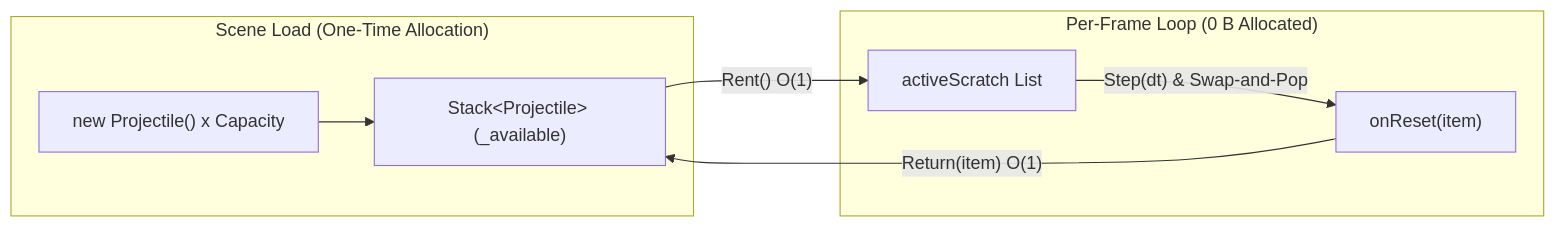
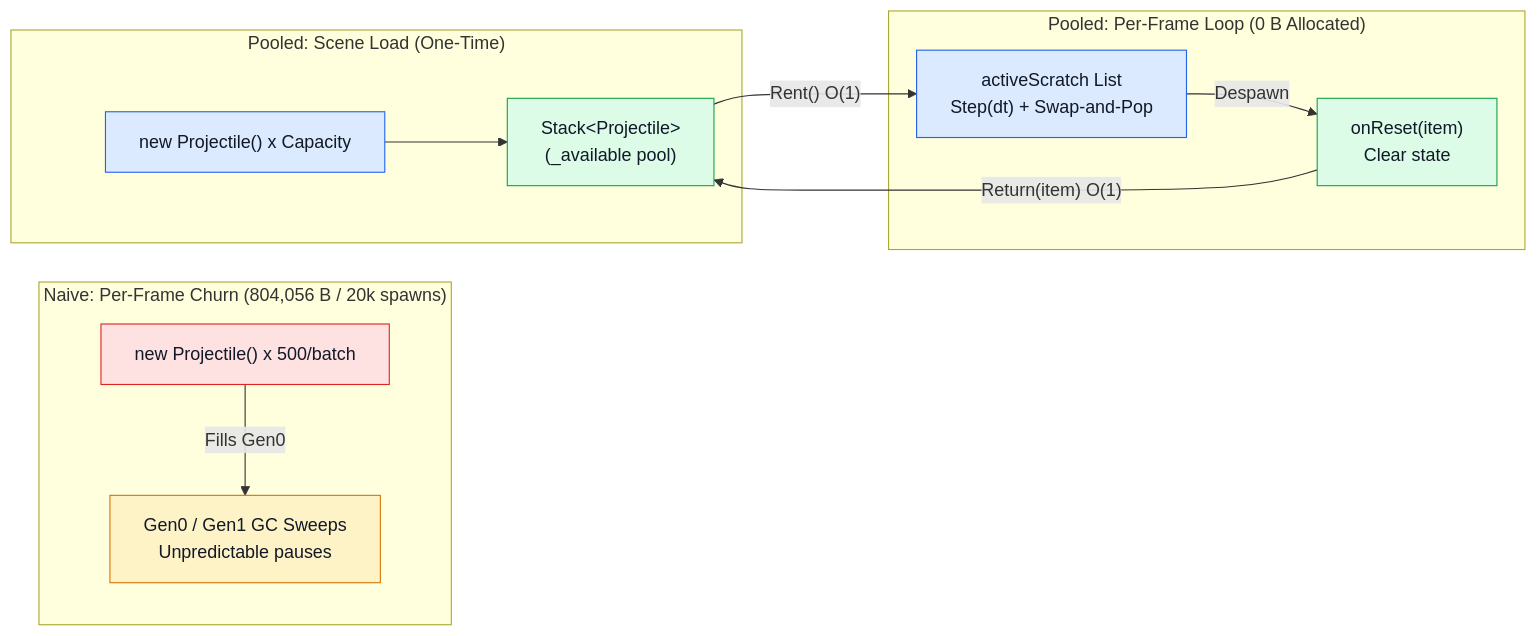
One commit to LevyArsOS/csharp-lessons changed the diagram in CSharpLessons/ObjectPooling/Tutorial/en.md. Above: the diagram before and after it, drawn with Mermaid. The commit also changed other lines of this file and 3 other files, not shown here.

First line of the commit message:
docs(tutorials): upgrade HotPathAllocations and ObjectPooling diagrams

````diff
--- a/CSharpLessons/ObjectPooling/Tutorial/en.md
+++ b/CSharpLessons/ObjectPooling/Tutorial/en.md
@@ -35,11 +35,21 @@
 ```mermaid
 flowchart LR
-    subgraph SceneLoad["Scene Load (One-Time Allocation)"]
-        Factory["new Projectile() x Capacity"] --> Stack["Stack&lt;Projectile&gt; (_available)"]
+    classDef slow fill:#fee2e2,stroke:#dc2626,color:#111827
+    classDef fast fill:#dcfce7,stroke:#16a34a,color:#111827
+    classDef hw fill:#dbeafe,stroke:#2563eb,color:#111827
+    classDef warn fill:#fef3c7,stroke:#d97706,color:#111827
+
+    subgraph Naive["Naive: Per-Frame Churn (804,056 B / 20k spawns)"]
+        N1["new Projectile() x 500/batch"]:::slow -->|"Fills Gen0"| N2["Gen0 / Gen1 GC Sweeps<br/>Unpredictable pauses"]:::warn
     end
-    subgraph FrameLoop["Per-Frame Loop (0 B Allocated)"]
-        Stack -->|"Rent() O(1)"| Active["activeScratch List"]
-        Active -->|"Step(dt) & Swap-and-Pop"| Reset["onReset(item)"]
+
+    subgraph SceneLoad["Pooled: Scene Load (One-Time)"]
+        Factory["new Projectile() x Capacity"]:::hw --> Stack["Stack&lt;Projectile&gt;<br/>(_available pool)"]:::fast
+    end
+
+    subgraph FrameLoop["Pooled: Per-Frame Loop (0 B Allocated)"]
+        Stack -->|"Rent() O(1)"| Active["activeScratch List<br/>Step(dt) + Swap-and-Pop"]:::hw
+        Active -->|"Despawn"| Reset["onReset(item)<br/>Clear state"]:::fast
         Reset -->|"Return(item) O(1)"| Stack
     end
 ```
````
